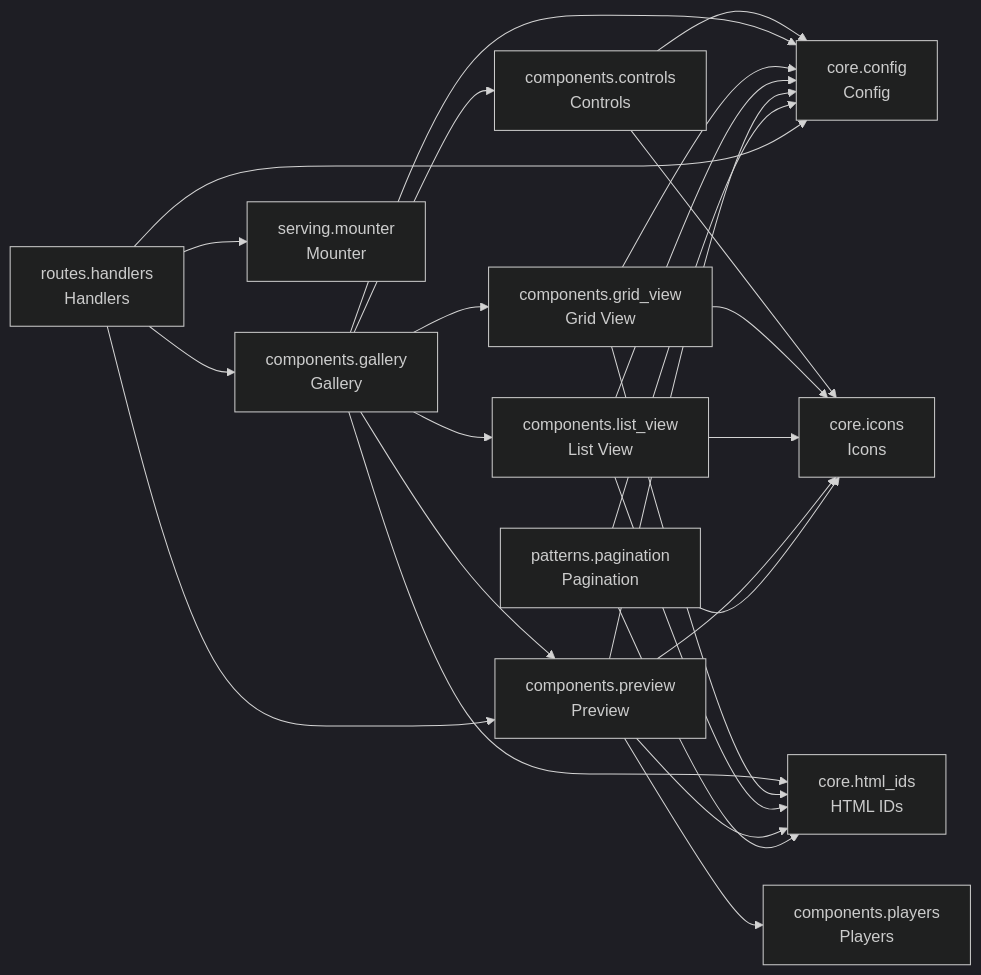
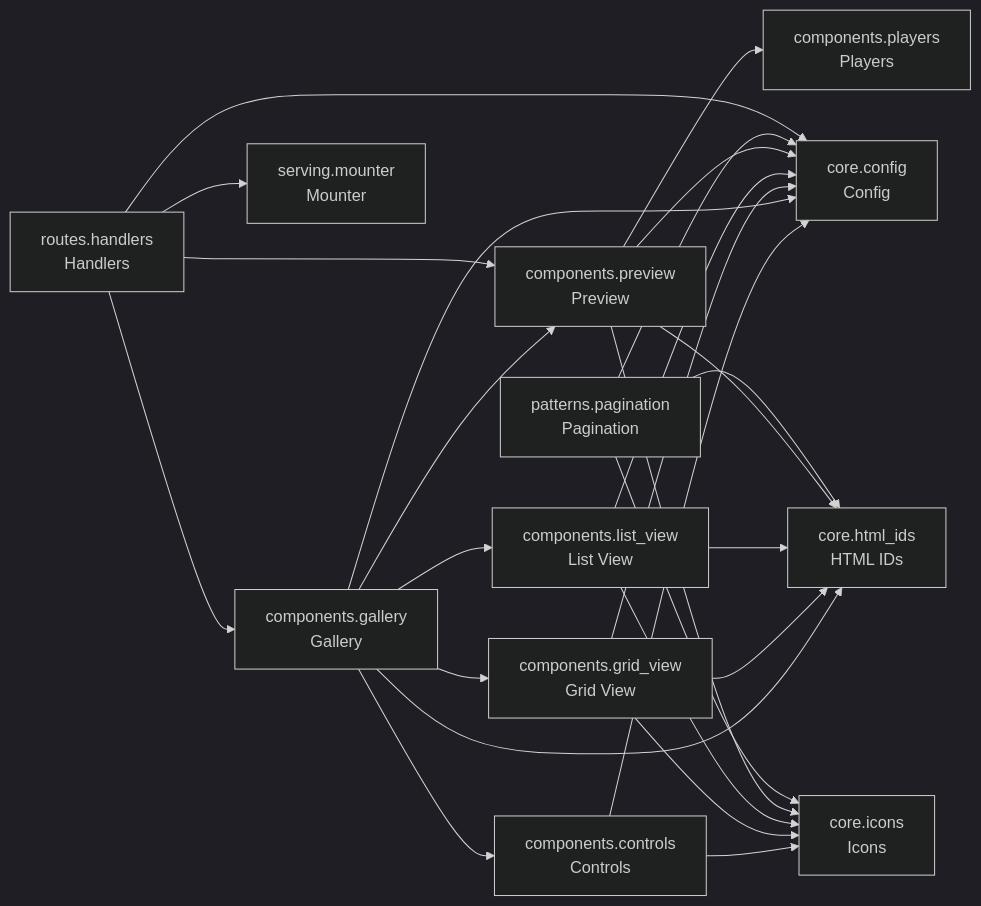
The diagram in README.md (cj-mills/cjm-fasthtml-media-gallery), drawn with Mermaid (dark theme) before and after one commit. The commit also changed other lines of this file and 6 other files, not shown here.

````diff
--- a/README.md
+++ b/README.md
@@ -37,41 +37,41 @@
 ``` mermaid
 graph LR
     components_controls[components.controls<br/>Controls]
     components_gallery[components.gallery<br/>Gallery]
     components_grid_view[components.grid_view<br/>Grid View]
     components_list_view[components.list_view<br/>List View]
     components_players[components.players<br/>Players]
     components_preview[components.preview<br/>Preview]
     core_config[core.config<br/>Config]
     core_html_ids[core.html_ids<br/>HTML IDs]
     core_icons[core.icons<br/>Icons]
     patterns_pagination[patterns.pagination<br/>Pagination]
     routes_handlers[routes.handlers<br/>Handlers]
     serving_mounter[serving.mounter<br/>Mounter]
 
+    components_controls --> core_config
     components_controls --> core_icons
-    components_controls --> core_config
     components_gallery --> components_list_view
     components_gallery --> core_config
+    components_gallery --> core_html_ids
     components_gallery --> components_grid_view
-    components_gallery --> core_html_ids
     components_gallery --> components_preview
     components_gallery --> components_controls
-    components_grid_view --> core_icons
     components_grid_view --> core_config
     components_grid_view --> core_html_ids
+    components_grid_view --> core_icons
     components_list_view --> core_config
+    components_list_view --> core_html_ids
     components_list_view --> core_icons
-    components_list_view --> core_html_ids
+    components_preview --> components_players
+    components_preview --> core_config
+    components_preview --> core_html_ids
     components_preview --> core_icons
-    components_preview --> core_config
-    components_preview --> components_players
-    components_preview --> core_html_ids
-    patterns_pagination --> core_icons
     patterns_pagination --> core_config
     patterns_pagination --> core_html_ids
+    patterns_pagination --> core_icons
     routes_handlers --> core_config
+    routes_handlers --> components_preview
+    routes_handlers --> serving_mounter
     routes_handlers --> components_gallery
-    routes_handlers --> serving_mounter
-    routes_handlers --> components_preview
 ```
````
